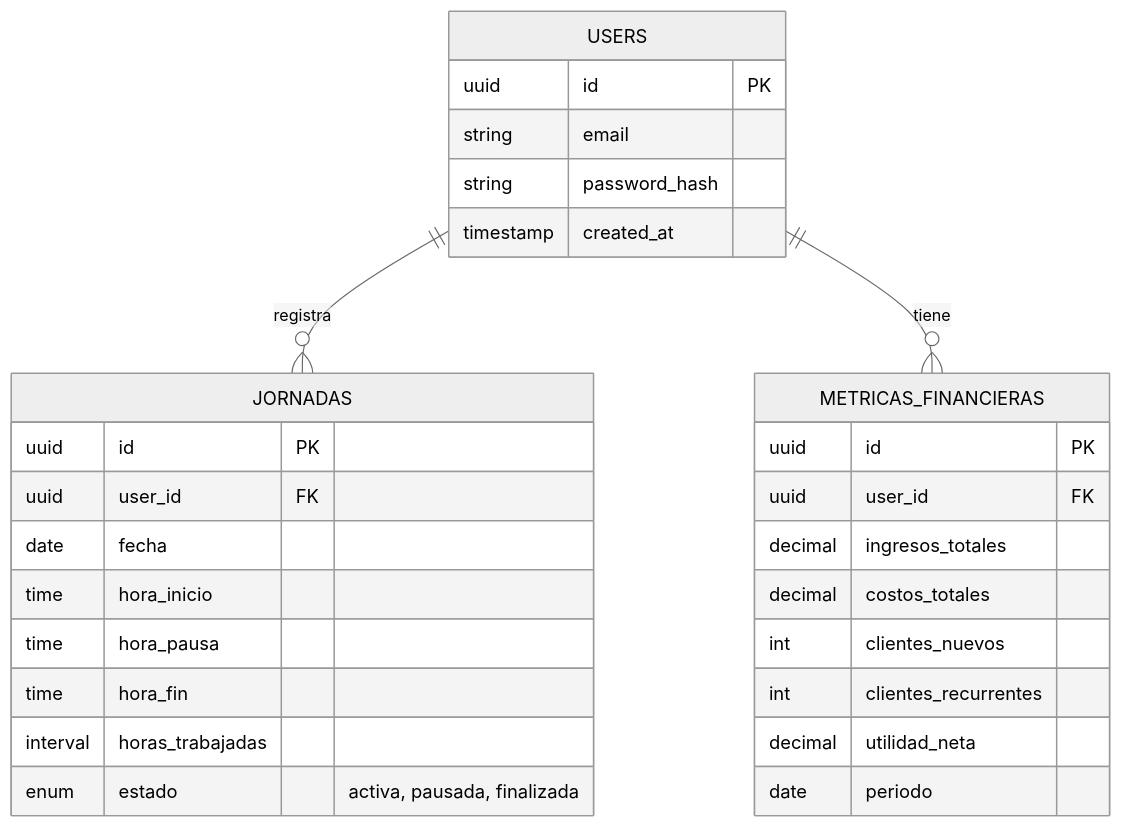
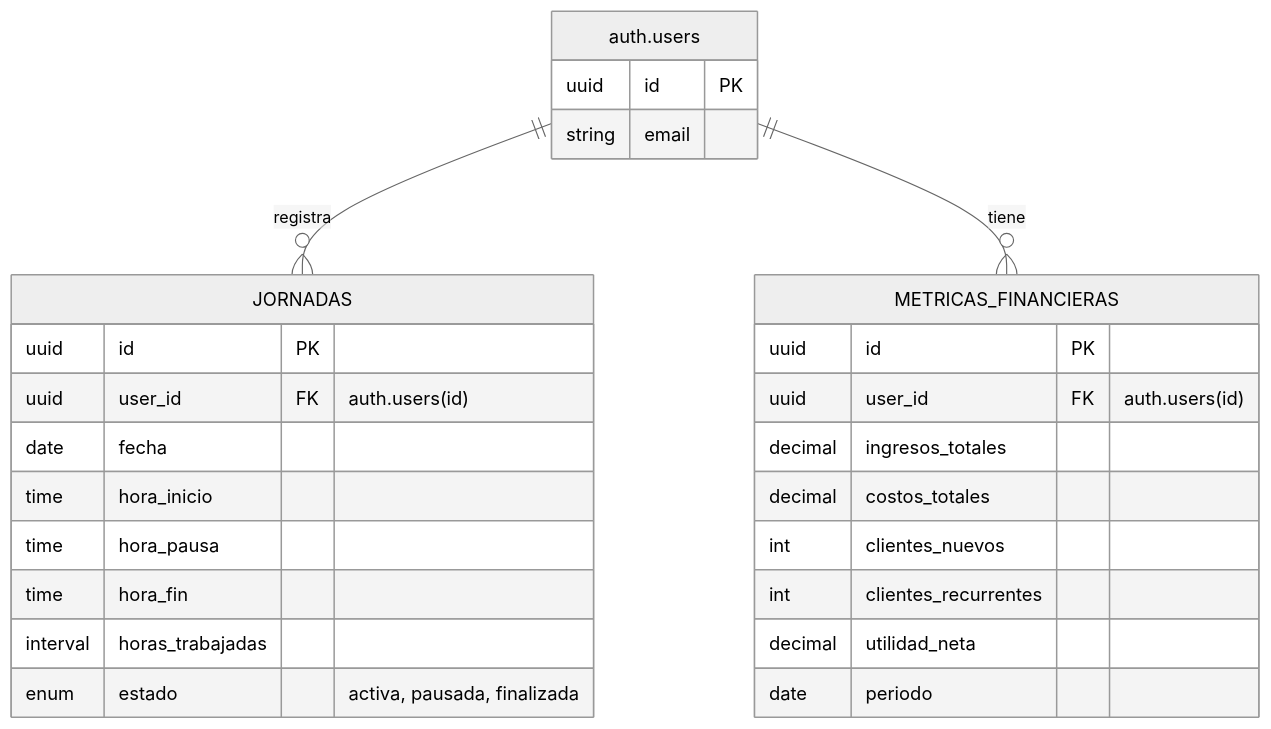
Before and after one commit to CHANKUN5/BaseAsistance: the diagram in README.md, drawn with Mermaid (neutral theme). The commit also changed other lines of this file, not shown here.

Commit message:
feat: complete UI refactor with Tailwind, Atomic Design, and unified Supabase architecture

````diff
--- a/README.md
+++ b/README.md
@@ -46,34 +46,32 @@
 ```mermaid
 erDiagram
-    USERS ||--o{ JORNADAS : "registra"
-    USERS ||--o{ METRICAS_FINANCIERAS : "tiene"
-    
-    USERS {
+    "auth.users" ||--o{ JORNADAS : "registra"
+    "auth.users" ||--o{ METRICAS_FINANCIERAS : "tiene"
+
+    "auth.users" {
         uuid id PK
         string email
-        string password_hash
-        timestamp created_at
     }
 
     JORNADAS {
         uuid id PK
-        uuid user_id FK
+        uuid user_id FK "auth.users(id)"
         date fecha
         time hora_inicio
         time hora_pausa
         time hora_fin
         interval horas_trabajadas
         enum estado "activa, pausada, finalizada"
     }
 
     METRICAS_FINANCIERAS {
         uuid id PK
-        uuid user_id FK
+        uuid user_id FK "auth.users(id)"
         decimal ingresos_totales
         decimal costos_totales
         int clientes_nuevos
         int clientes_recurrentes
         decimal utilidad_neta
         date periodo
     }
 ```
````
